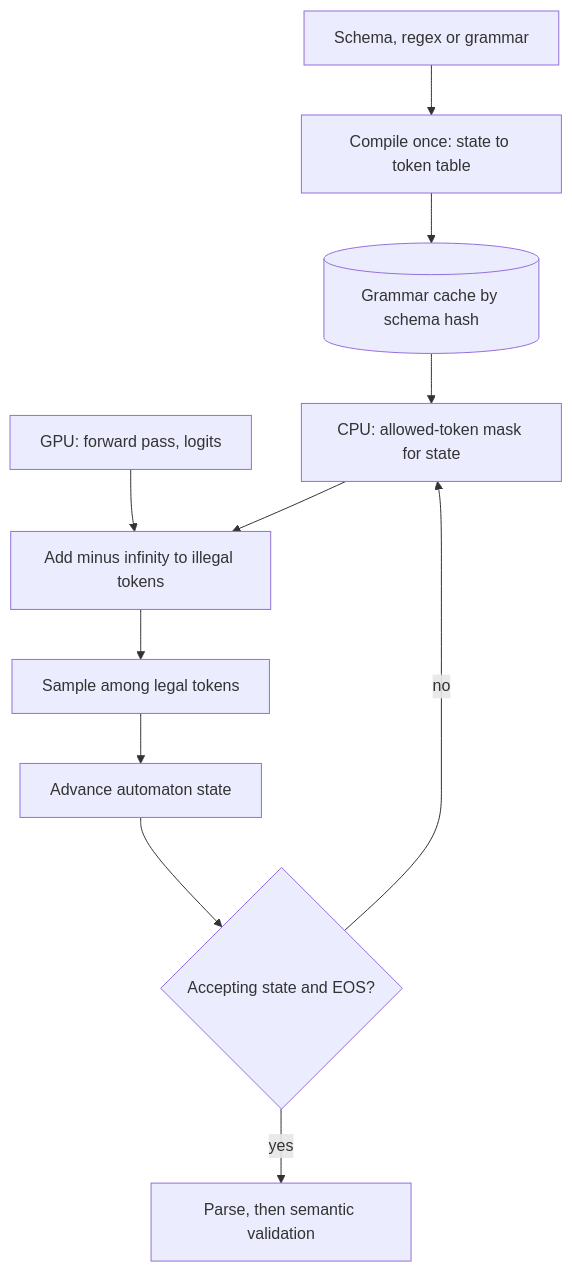
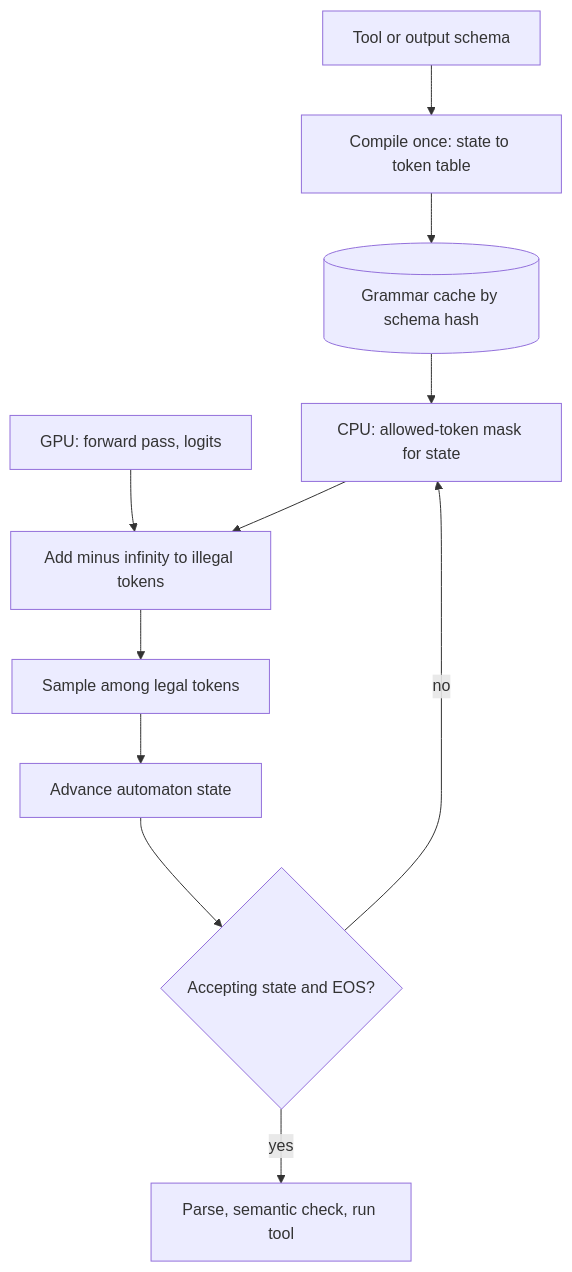
Before and after one commit to lovishmahajan97/agentic-learning: the diagram in content/serving-inference/structured-constrained-generation.md, drawn with Mermaid. The commit also changed other lines of this file and 485 other files, not shown here.

````diff
--- a/content/serving-inference/structured-constrained-generation.md
+++ b/content/serving-inference/structured-constrained-generation.md
@@ -143,13 +163,13 @@
 ```mermaid
 flowchart TD
-    G["Schema, regex or grammar"] --> C["Compile once: state to token table"]
+    G["Tool or output schema"] --> C["Compile once: state to token table"]
     C --> K[("Grammar cache by schema hash")]
     K --> M["CPU: allowed-token mask for state"]
     F["GPU: forward pass, logits"] --> A["Add minus infinity to illegal tokens"]
     M --> A
     A --> S["Sample among legal tokens"]
     S --> N["Advance automaton state"]
     N --> E{"Accepting state and EOS?"}
     E -->|"no"| M
-    E -->|"yes"| V["Parse, then semantic validation"]
+    E -->|"yes"| V["Parse, semantic check, run tool"]
 ```
````
